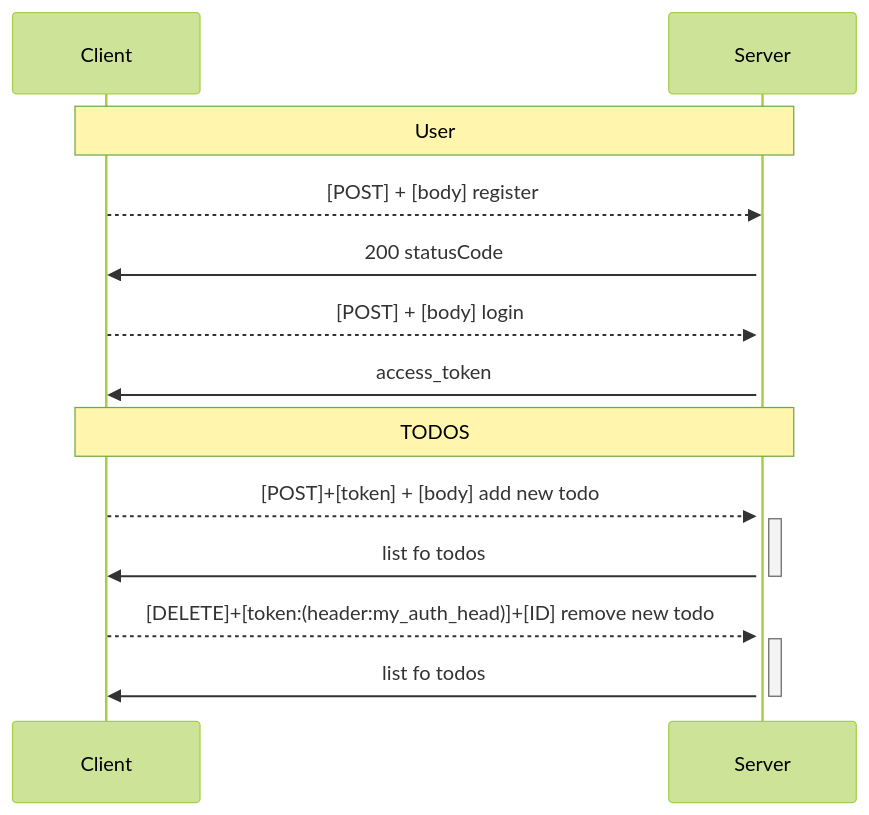
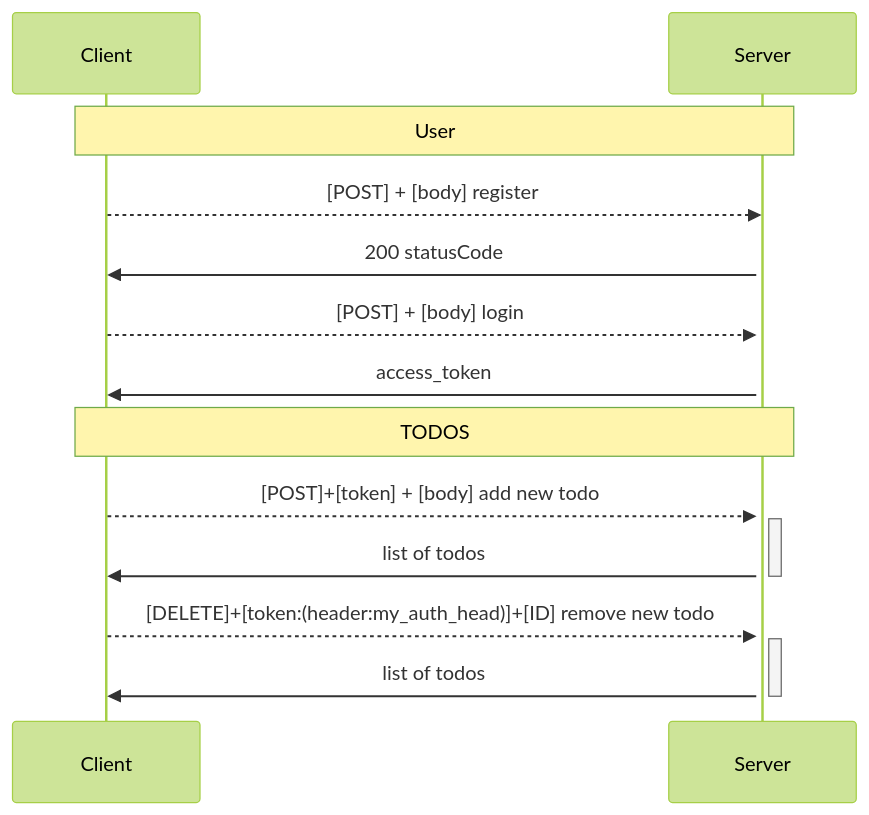
Before and after one commit to Ivlad003/ToDo_list_Nest: the second of 2 diagrams in README.md, drawn with Mermaid (forest theme). The commit also changed other lines of this file, not shown here.

````diff
--- a/README.md
+++ b/README.md
@@ -17,23 +17,23 @@
 ```mermaid
 sequenceDiagram
     Note over Client,Server: User
     Client-->>Server: [POST] + [body] register
     activate Server
     Server->>Client: 200 statusCode
 
     Client-->>Server: [POST] + [body] login
     activate Server
     Server->>Client: access_token
     
     Note over Client,Server: TODOS
     Client-->>Server: [POST]+[token] + [body] add new todo
     activate Server
-    Server->>Client: list fo todos
+    Server->>Client: list of todos
     deactivate Server
     
     Client-->>Server: [DELETE]+[token:(header:my_auth_head)]+[ID] remove new todo
     activate Server
-    Server->>Client: list fo todos
+    Server->>Client: list of todos
     deactivate Server
 
 ```
````
